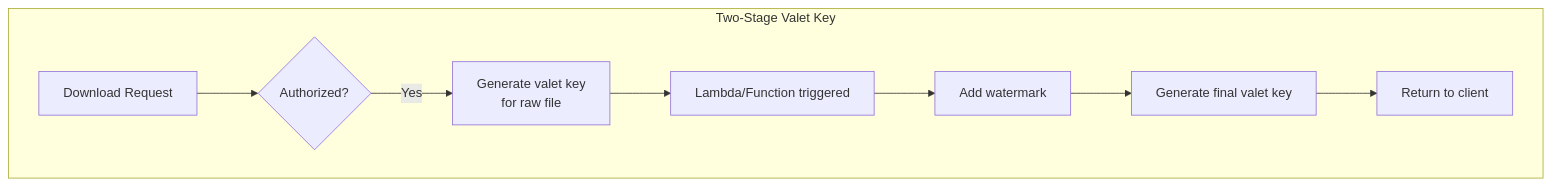
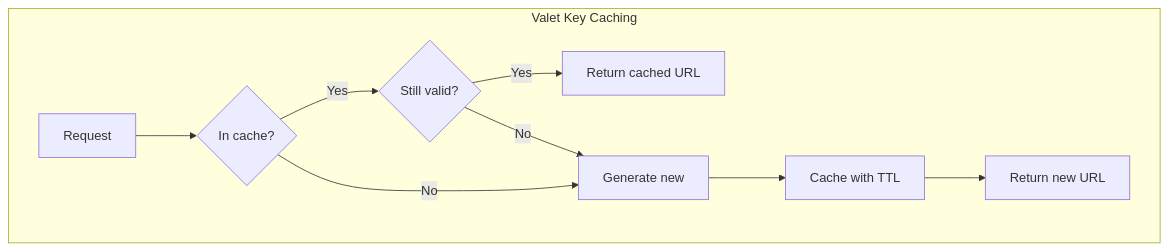
The sixth of 8 diagrams in docs/patterns/valet-key.md (deepaucksharma/DStudio), drawn with Mermaid before and after one commit. The commit also changed other lines of this file and 248 other files, not shown here.

````diff
--- a/docs/patterns/valet-key.md
+++ b/docs/patterns/valet-key.md
@@ -157,11 +368,12 @@
 ```mermaid
 graph TB
-    subgraph "Two-Stage Valet Key"
-        REQ[Download Request] --> CHECK{Authorized?}
-        CHECK -->|Yes| GEN[Generate valet key<br/>for raw file]
-        GEN --> TRANSFORM[Lambda/Function triggered]
-        TRANSFORM --> WATERMARK[Add watermark]
-        WATERMARK --> FINAL[Generate final valet key]
-        FINAL --> CLIENT[Return to client]
+    subgraph "Valet Key Caching"
+        REQ[Request] --> CACHE{In cache?}
+        CACHE -->|Yes| CHECK{Still valid?}
+        CHECK -->|Yes| RETURN[Return cached URL]
+        CHECK -->|No| GENERATE
+        CACHE -->|No| GENERATE[Generate new]
+        GENERATE --> STORE[Cache with TTL]
+        STORE --> RETURN2[Return new URL]
     end
 ```
````
